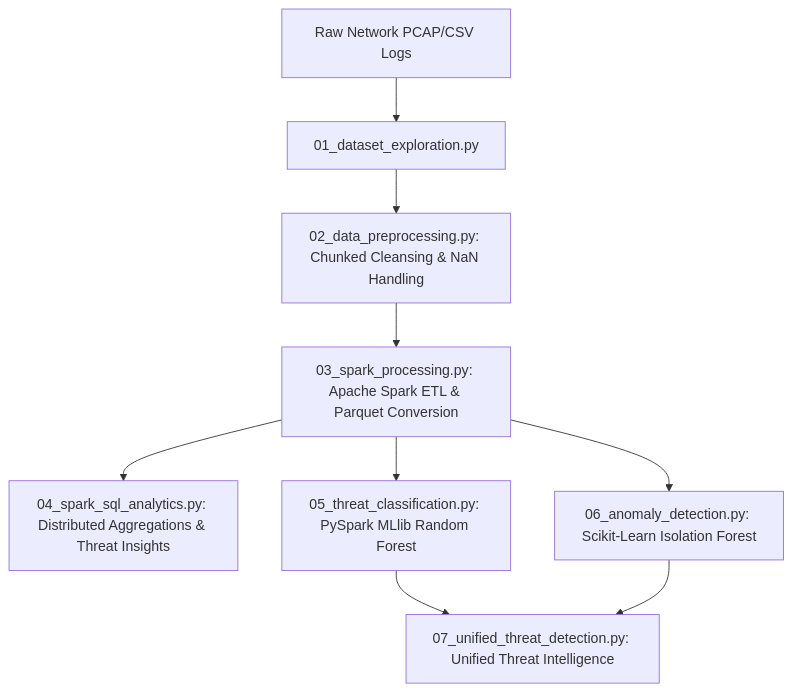
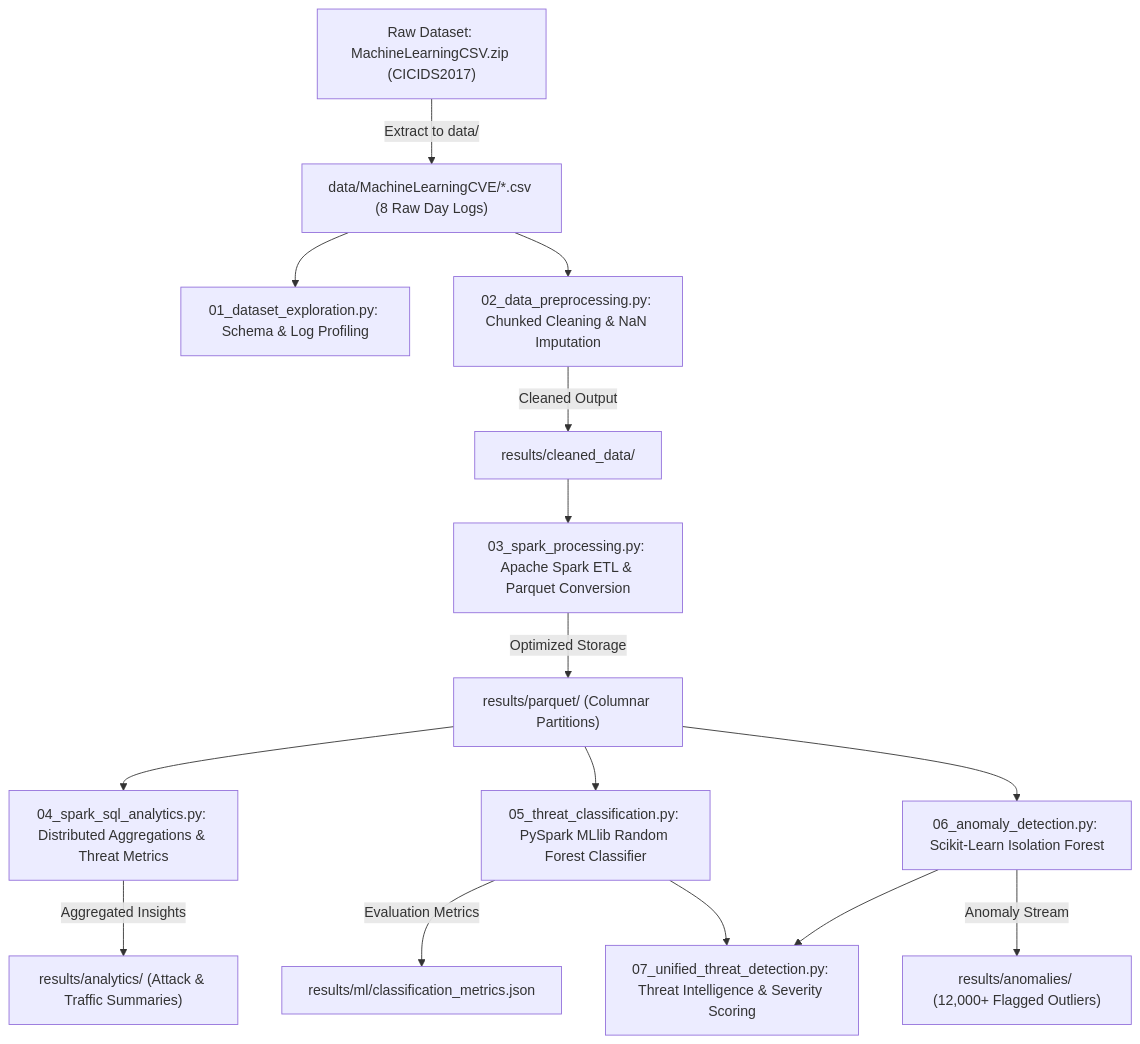
One commit to abhiram274/cybersecurity-threat-analytics changed the diagram in README.md. Above: the diagram before and after it, drawn with Mermaid. The commit also changed other lines of this file and 16 other files, not shown here.

Commit message:
Add analytics, ML metrics, anomaly results, and dataset setup instructions

````diff
--- a/README.md
+++ b/README.md
@@ -9,11 +9,17 @@
 ```mermaid
 flowchart TD
-    A[Raw Network PCAP/CSV Logs] --> B[01_dataset_exploration.py]
-    B --> C[02_data_preprocessing.py: Chunked Cleansing & NaN Handling]
-    C --> D[03_spark_processing.py: Apache Spark ETL & Parquet Conversion]
-    D --> E[04_spark_sql_analytics.py: Distributed Aggregations & Threat Insights]
-    D --> F[05_threat_classification.py: PySpark MLlib Random Forest]
-    D --> G[06_anomaly_detection.py: Scikit-Learn Isolation Forest]
-    F --> H[07_unified_threat_detection.py: Unified Threat Intelligence]
-    G --> H
+    A["Raw Dataset: MachineLearningCSV.zip (CICIDS2017)"] -->|"Extract to data/"| B["data/MachineLearningCVE/*.csv (8 Raw Day Logs)"]
+    B --> C["01_dataset_exploration.py: Schema & Log Profiling"]
+    B --> D["02_data_preprocessing.py: Chunked Cleaning & NaN Imputation"]
+    D -->|"Cleaned Output"| E["results/cleaned_data/"]
+    E --> F["03_spark_processing.py: Apache Spark ETL & Parquet Conversion"]
+    F -->|"Optimized Storage"| G["results/parquet/ (Columnar Partitions)"]
+    G --> H["04_spark_sql_analytics.py: Distributed Aggregations & Threat Metrics"]
+    G --> I["05_threat_classification.py: PySpark MLlib Random Forest Classifier"]
+    G --> J["06_anomaly_detection.py: Scikit-Learn Isolation Forest"]
+    H -->|"Aggregated Insights"| K["results/analytics/ (Attack & Traffic Summaries)"]
+    I -->|"Evaluation Metrics"| L["results/ml/classification_metrics.json"]
+    J -->|"Anomaly Stream"| M["results/anomalies/ (12,000+ Flagged Outliers)"]
+    I --> N["07_unified_threat_detection.py: Threat Intelligence & Severity Scoring"]
+    J --> N
 ```
````
